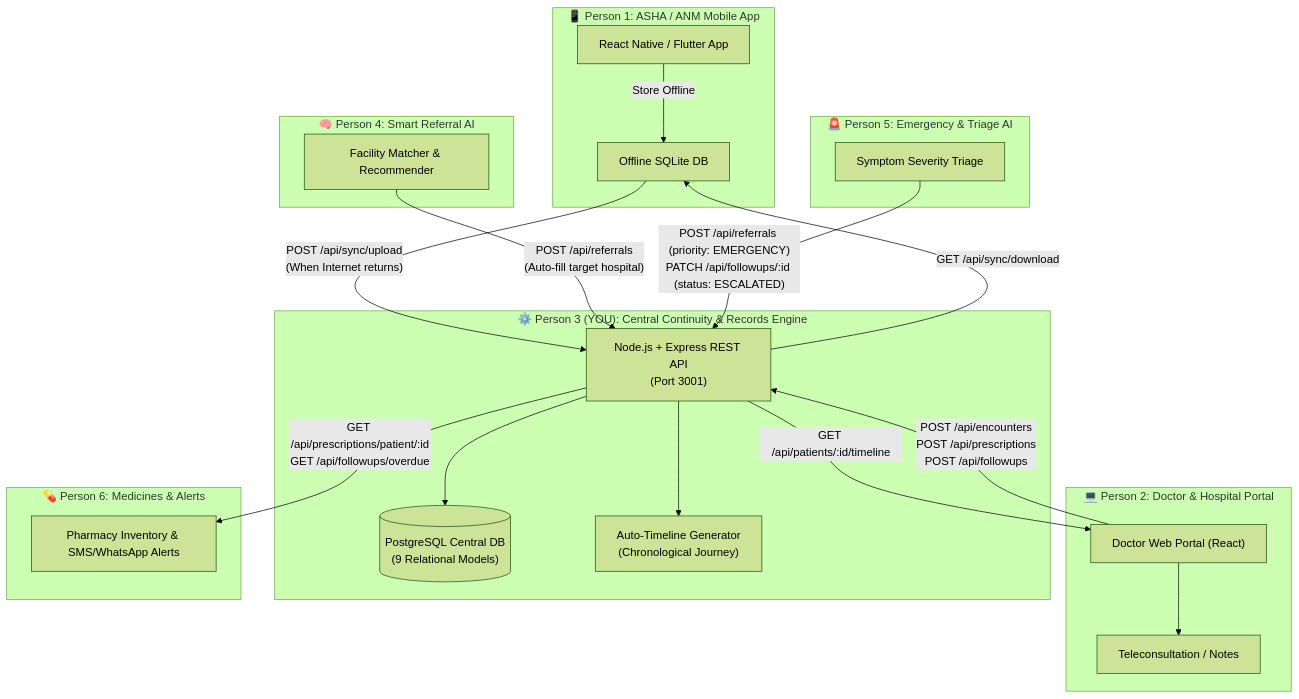
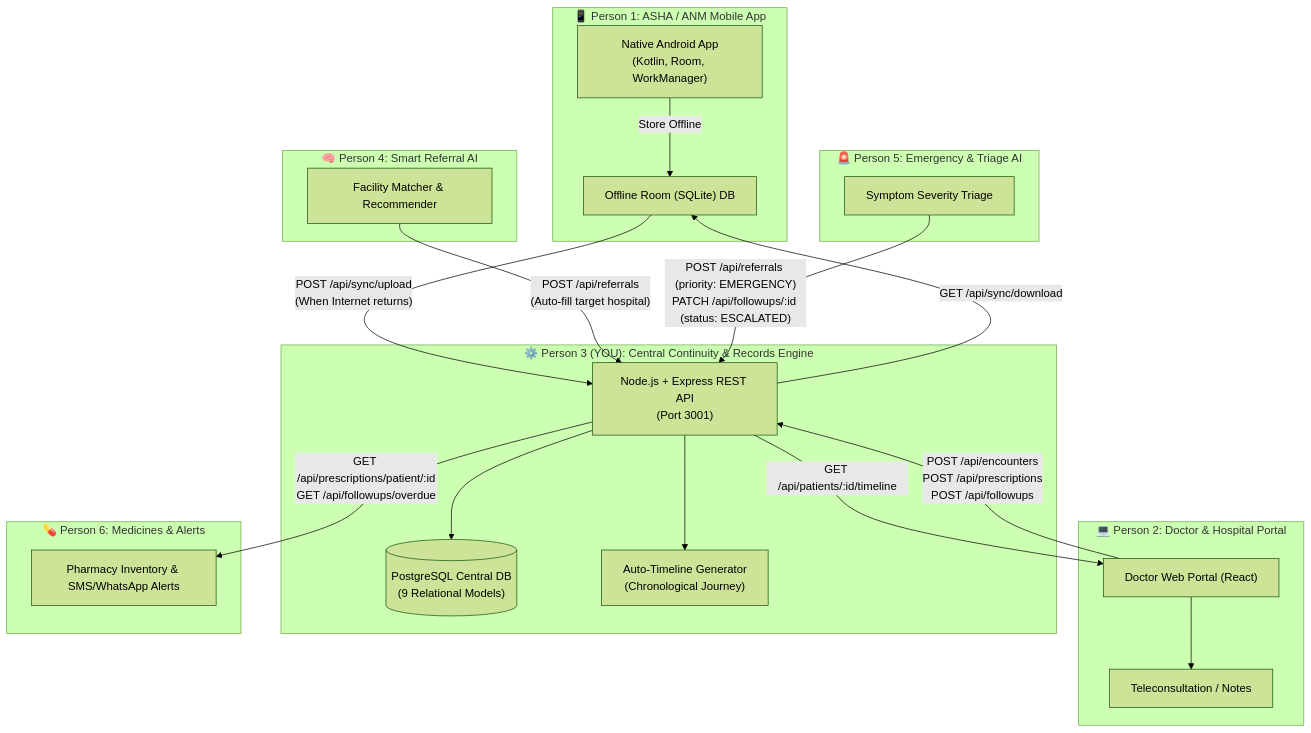
The first of 2 diagrams in TEAM_PROGRESS_AND_INTEGRATION_MAP.md (Prabin-007/ArogyaLink-Backend), drawn with Mermaid (forest theme) before and after one commit. The commit also changed other lines of this file and 2 other files, not shown here.

Commit message:
docs: document sync v2 contract, demo credentials; Room replaces sqlite schema; Person 1 is native Android

````diff
--- a/TEAM_PROGRESS_AND_INTEGRATION_MAP.md
+++ b/TEAM_PROGRESS_AND_INTEGRATION_MAP.md
@@ -9,46 +9,46 @@
 ```mermaid
 flowchart TD
     subgraph P1["📱 Person 1: ASHA / ANM Mobile App"]
-        P1_App["React Native / Flutter App"]
-        P1_SQLite["Offline SQLite DB"]
+        P1_App["Native Android App<br/>(Kotlin, Room, WorkManager)"]
+        P1_SQLite["Offline Room (SQLite) DB"]
         P1_App -->|Store Offline| P1_SQLite
     end
 
     subgraph P2["💻 Person 2: Doctor & Hospital Portal"]
         P2_Web["Doctor Web Portal (React)"]
         P2_Consult["Teleconsultation / Notes"]
         P2_Web --> P2_Consult
     end
 
     subgraph P3["⚙️ Person 3 (YOU): Central Continuity & Records Engine"]
         P3_API["Node.js + Express REST API\n(Port 3001)"]
         P3_DB[("PostgreSQL Central DB\n(9 Relational Models)")]
         P3_Timeline["Auto-Timeline Generator\n(Chronological Journey)"]
         P3_API --> P3_DB
         P3_API --> P3_Timeline
     end
 
     subgraph P4["🧠 Person 4: Smart Referral AI"]
         P4_AI["Facility Matcher & Recommender"]
     end
 
     subgraph P5["🚨 Person 5: Emergency & Triage AI"]
         P5_Triage["Symptom Severity Triage"]
     end
 
     subgraph P6["💊 Person 6: Medicines & Alerts"]
         P6_Pharm["Pharmacy Inventory & SMS/WhatsApp Alerts"]
     end
 
     %% Integrations with Person 3
     P1_SQLite -->|"POST /api/sync/upload\n(When Internet returns)"| P3_API
     P3_API -->|"GET /api/sync/download"| P1_SQLite
 
     P2_Web -->|"POST /api/encounters\nPOST /api/prescriptions\nPOST /api/followups"| P3_API
     P3_API -->|"GET /api/patients/:id/timeline"| P2_Web
 
     P4_AI -->|"POST /api/referrals\n(Auto-fill target hospital)"| P3_API
     P5_Triage -->|"POST /api/referrals (priority: EMERGENCY)\nPATCH /api/followups/:id (status: ESCALATED)"| P3_API
 
     P3_API -->|"GET /api/prescriptions/patient/:id\nGET /api/followups/overdue"| P6_Pharm
 ```
````
